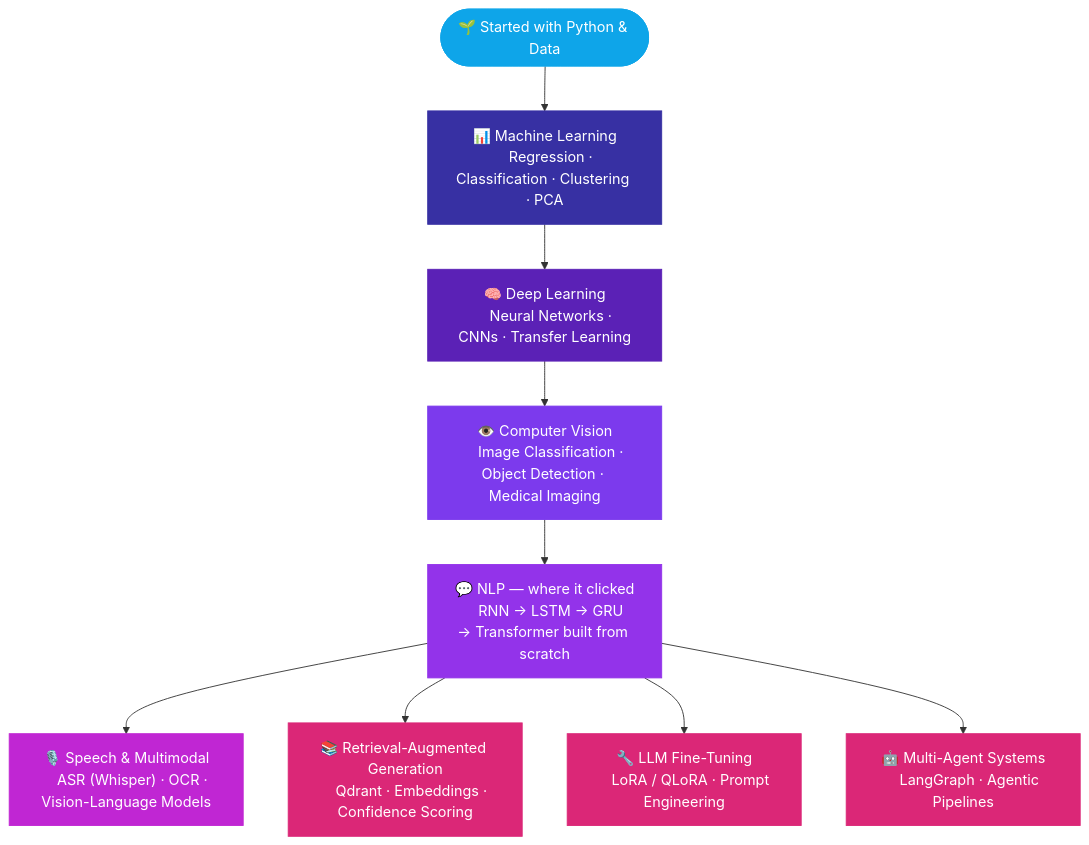
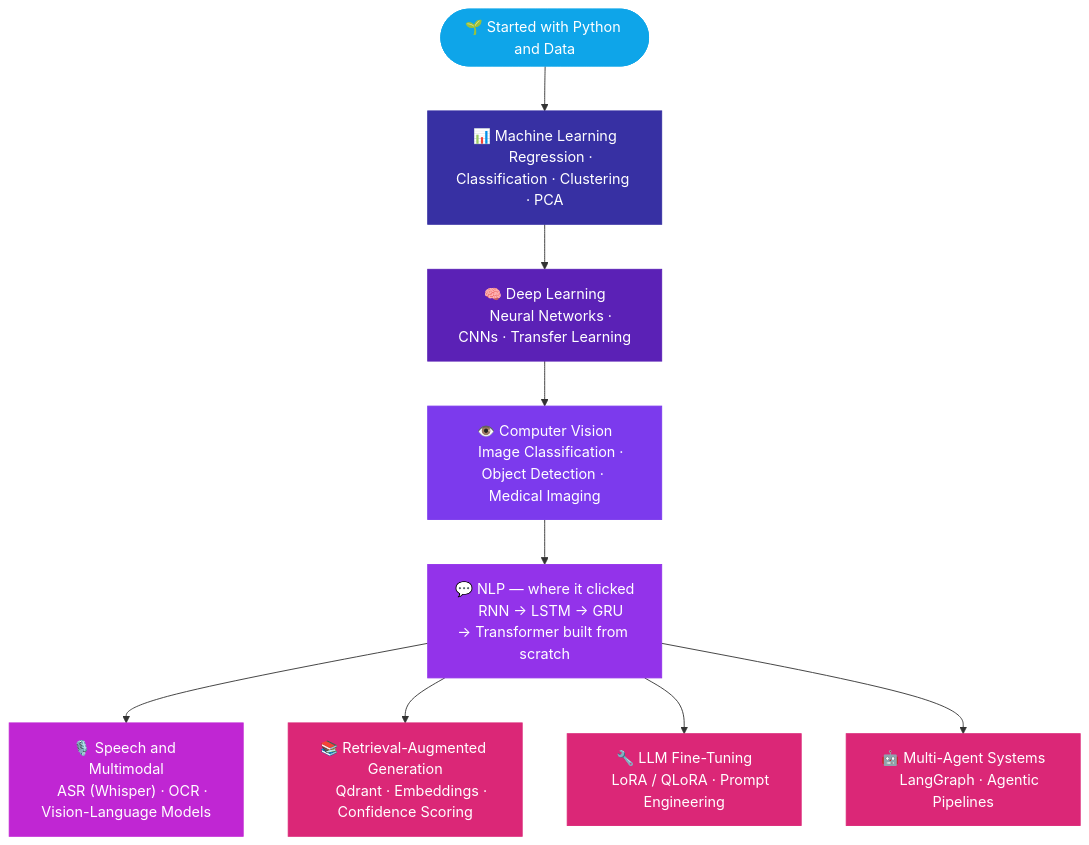
Before and after one commit to gehad-abdulaziz/gehad-abdulaziz: the diagram in README.md, drawn with Mermaid. The commit also changed other lines of this file, not shown here.

````diff
--- a/README.md
+++ b/README.md
@@ -79,38 +79,38 @@
 ```mermaid
 graph TD
-    START(["🌱 Started with Python & Data"]) --> ML
+    START(["🌱 Started with Python and Data"]) --> ML
 
     ML["📊 Machine Learning
     Regression · Classification · Clustering · PCA"] --> DL
 
     DL["🧠 Deep Learning
     Neural Networks · CNNs · Transfer Learning"] --> CV
 
     CV["👁️ Computer Vision
     Image Classification · Object Detection · Medical Imaging"] --> NLP
 
     NLP["💬 NLP — where it clicked
     RNN → LSTM → GRU → Transformer built from scratch"] --> SPEECH
     NLP --> RAG
     NLP --> LLM
     NLP --> AGENT
 
-    SPEECH["🎙️ Speech & Multimodal
+    SPEECH["🎙️ Speech and Multimodal
     ASR (Whisper) · OCR · Vision-Language Models"]
     RAG["📚 Retrieval-Augmented Generation
     Qdrant · Embeddings · Confidence Scoring"]
     LLM["🔧 LLM Fine-Tuning
     LoRA / QLoRA · Prompt Engineering"]
     AGENT["🤖 Multi-Agent Systems
     LangGraph · Agentic Pipelines"]
 
     style START fill:#0EA5E9,color:#fff,stroke:#0EA5E9
     style ML fill:#3730a3,color:#fff,stroke:#3730a3
     style DL fill:#5b21b6,color:#fff,stroke:#5b21b6
     style CV fill:#7c3aed,color:#fff,stroke:#7c3aed
     style NLP fill:#9333ea,color:#fff,stroke:#9333ea
     style SPEECH fill:#c026d3,color:#fff,stroke:#c026d3
     style RAG fill:#db2777,color:#fff,stroke:#db2777
     style LLM fill:#db2777,color:#fff,stroke:#db2777
     style AGENT fill:#db2777,color:#fff,stroke:#db2777
 ```
````
